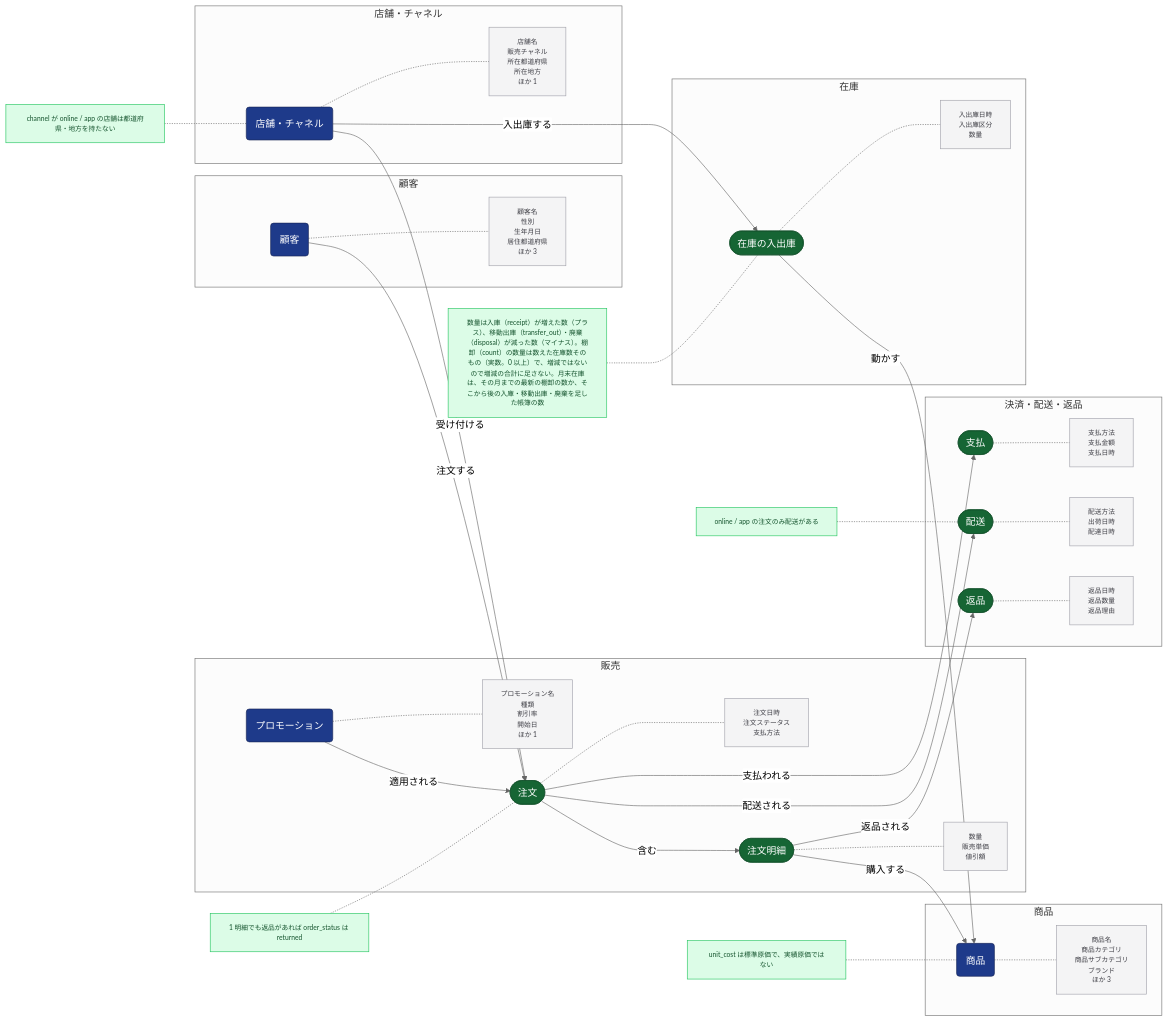
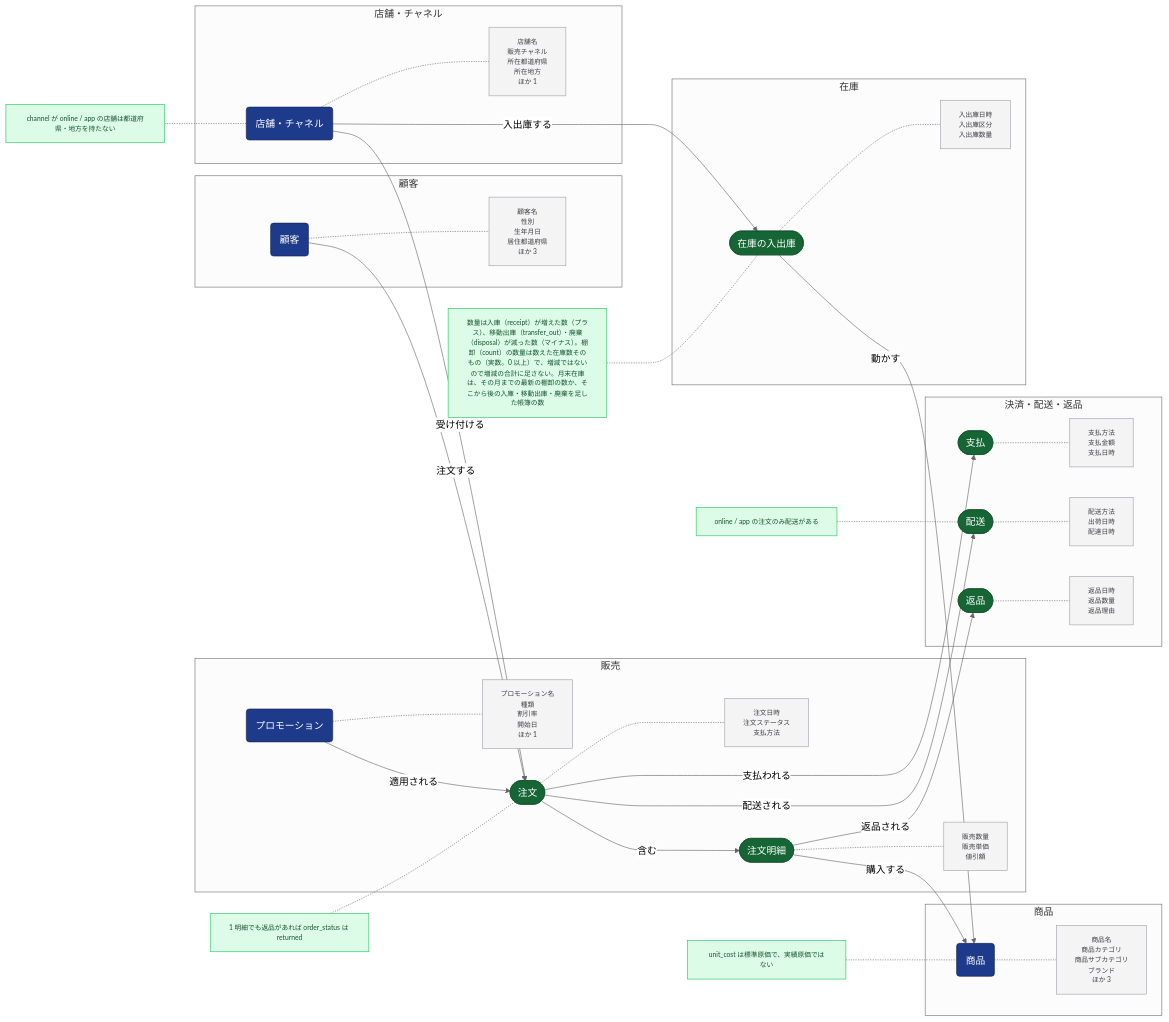
One commit to daikono313/agentic-data-platform changed the diagram in docs/ontology.md. Above: the diagram before and after it, drawn with Mermaid (neutral theme). The commit also changed other lines of this file and 15 other files, not shown here.

````diff
--- a/docs/ontology.md
+++ b/docs/ontology.md
@@ -9,71 +9,71 @@
 ```mermaid
 flowchart LR
   subgraph d_sales["販売"]
     c_promotion("プロモーション")
     a_promotion["プロモーション名<br/>種類<br/>割引率<br/>開始日<br/>ほか 1"]:::attr
     c_order(["注文"])
     a_order["注文日時<br/>注文ステータス<br/>支払方法"]:::attr
     c_order_line(["注文明細"])
-    a_order_line["数量<br/>販売単価<br/>値引額"]:::attr
+    a_order_line["販売数量<br/>販売単価<br/>値引額"]:::attr
   end
   subgraph d_merchandise["商品"]
     c_product("商品")
     a_product["商品名<br/>商品カテゴリ<br/>商品サブカテゴリ<br/>ブランド<br/>ほか 3"]:::attr
   end
   subgraph d_customer["顧客"]
     c_customer("顧客")
     a_customer["顧客名<br/>性別<br/>生年月日<br/>居住都道府県<br/>ほか 3"]:::attr
   end
   subgraph d_channel["店舗・チャネル"]
     c_store("店舗・チャネル")
     a_store["店舗名<br/>販売チャネル<br/>所在都道府県<br/>所在地方<br/>ほか 1"]:::attr
   end
   subgraph d_fulfillment["決済・配送・返品"]
     c_payment(["支払"])
     a_payment["支払方法<br/>支払金額<br/>支払日時"]:::attr
     c_shipment(["配送"])
     a_shipment["配送方法<br/>出荷日時<br/>配達日時"]:::attr
     c_return(["返品"])
     a_return["返品日時<br/>返品数量<br/>返品理由"]:::attr
   end
   subgraph d_inventory["在庫"]
     c_inventory_movement(["在庫の入出庫"])
-    a_inventory_movement["入出庫日時<br/>入出庫区分<br/>数量"]:::attr
+    a_inventory_movement["入出庫日時<br/>入出庫区分<br/>入出庫数量"]:::attr
   end
   c_customer -.- a_customer
   c_product -.- a_product
   c_store -.- a_store
   c_promotion -.- a_promotion
   c_order -.- a_order
   c_order_line -.- a_order_line
   c_payment -.- a_payment
   c_shipment -.- a_shipment
   c_return -.- a_return
   c_inventory_movement -.- a_inventory_movement
   c_customer -- "注文する" --> c_order
   c_store -- "受け付ける" --> c_order
   c_promotion -- "適用される" --> c_order
   c_order -- "含む" --> c_order_line
   c_order_line -- "購入する" --> c_product
   c_order -- "支払われる" --> c_payment
   c_order -- "配送される" --> c_shipment
   c_order_line -- "返品される" --> c_return
   c_store -- "入出庫する" --> c_inventory_movement
   c_inventory_movement -- "動かす" --> c_product
   k_0["channel が online / app の店舗は都道府県・地方を持たない"]:::constraint
   k_0 -.- c_store
   k_1["1 明細でも返品があれば order_status は returned"]:::constraint
   k_1 -.- c_order
   k_2["online / app の注文のみ配送がある"]:::constraint
   k_2 -.- c_shipment
   k_3["unit_cost は標準原価で、実績原価ではない"]:::constraint
   k_3 -.- c_product
   k_4["数量は入庫（receipt）が増えた数（プラス）、移動出庫（transfer_out）・廃棄（disposal）が減った数（マイナス）。棚卸（count）の数量は数えた在庫数そのもの（実数。0 以上）で、増減ではないので増減の合計に足さない。月末在庫は、その月までの最新の棚卸の数か、そこから後の入庫・移動出庫・廃棄を足した帳簿の数"]:::constraint
   k_4 -.- c_inventory_movement
   classDef attr fill:#f4f4f5,stroke:#a1a1aa,color:#3f3f46,font-size:11px
   classDef constraint fill:#dcfce7,stroke:#22c55e,color:#14532d,font-size:11px
   classDef event fill:#166534,stroke:#14532d,color:#ffffff
   classDef entity fill:#1e3a8a,stroke:#172554,color:#ffffff
   class c_order,c_order_line,c_payment,c_shipment,c_return,c_inventory_movement event
   class c_customer,c_product,c_store,c_promotion entity
 ```
````
